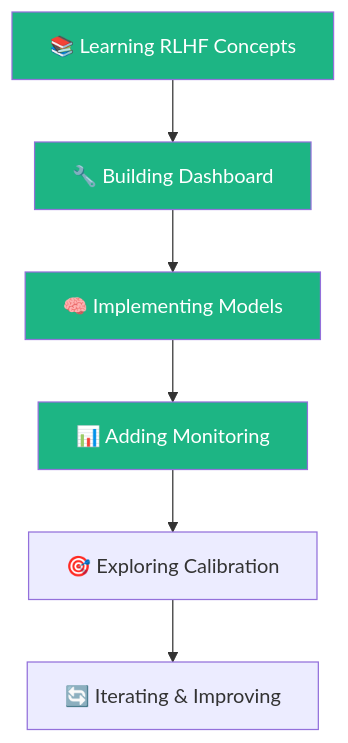
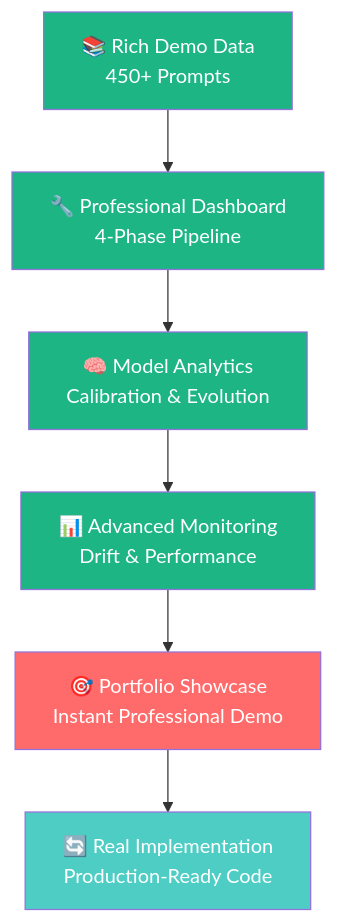
One commit to Yousifus/rlhf_loop_humain changed the diagram in README.md. Above: the diagram before and after it, drawn with Mermaid. The commit also changed other lines of this file and 51 other files, not shown here.

````diff
--- a/README.md
+++ b/README.md
@@ -33,13 +72,15 @@
 ```mermaid
 graph TD
-    A[📚 Learning RLHF Concepts] --> B[🔧 Building Dashboard]
-    B --> C[🧠 Implementing Models]
-    C --> D[📊 Adding Monitoring]
-    D --> E[🎯 Exploring Calibration]
-    E --> F[🔄 Iterating & Improving]
+    A[📚 Rich Demo Data<br/>450+ Prompts] --> B[🔧 Professional Dashboard<br/>4-Phase Pipeline]
+    B --> C[🧠 Model Analytics<br/>Calibration & Evolution]
+    C --> D[📊 Advanced Monitoring<br/>Drift & Performance]
+    D --> E[🎯 Portfolio Showcase<br/>Instant Professional Demo]
+    E --> F[🔄 Real Implementation<br/>Production-Ready Code]
     
     style A fill:#1DB584,color:#fff
     style B fill:#1DB584,color:#fff
     style C fill:#1DB584,color:#fff
     style D fill:#1DB584,color:#fff
+    style E fill:#FF6B6B,color:#fff
+    style F fill:#4ECDC4,color:#fff
 ```
````
